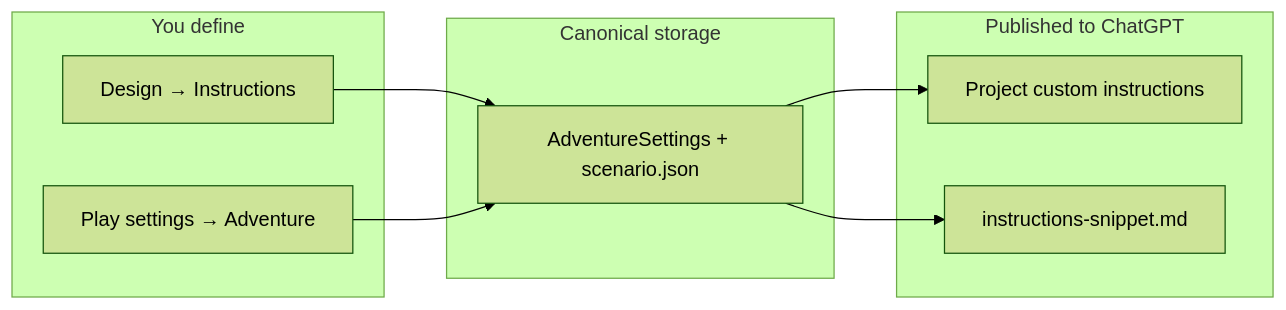
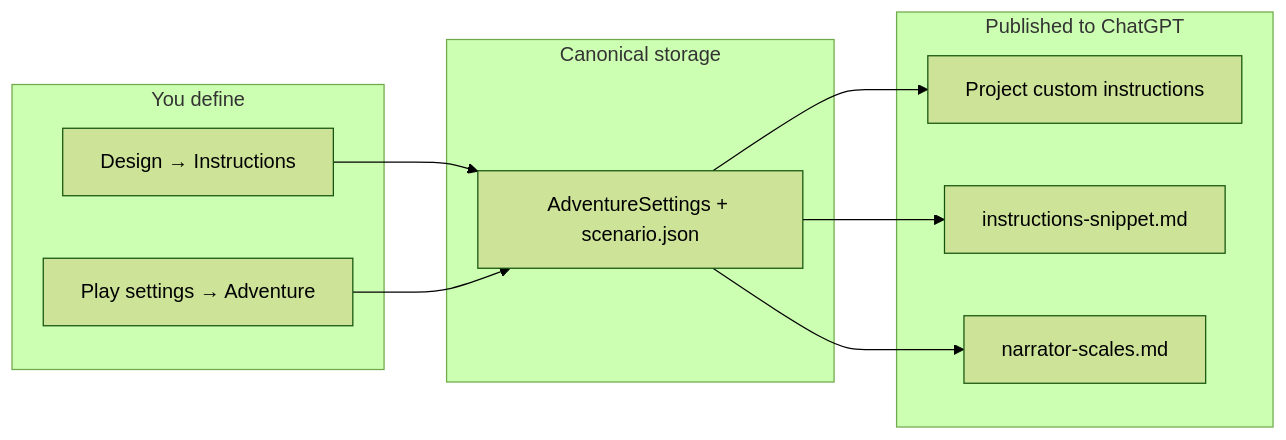
Before and after one commit to CMD0112/NarrativeGPT: the diagram in docs/instruction-contract-guide.md, drawn with Mermaid (forest theme). The commit also changed other lines of this file and 1166 other files, not shown here.

````diff
--- a/docs/instruction-contract-guide.md
+++ b/docs/instruction-contract-guide.md
@@ -23,21 +24,23 @@
 ```mermaid
 flowchart LR
     subgraph author [You define]
         Design[Design → Instructions]
         Play[Play settings → Adventure]
     end
 
     subgraph canonical [Canonical storage]
         Settings[AdventureSettings + scenario.json]
     end
 
     subgraph publish [Published to ChatGPT]
         ProjInstr[Project custom instructions]
         Snippet[instructions-snippet.md]
+        Scales[narrator-scales.md]
     end
 
     Design --> Settings
     Play --> Settings
     Settings --> ProjInstr
     Settings --> Snippet
+    Settings --> Scales
 ```
````
